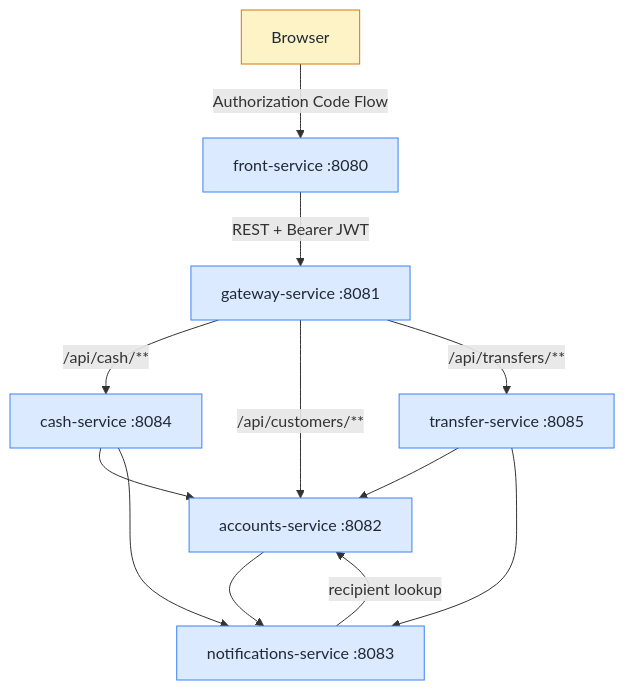
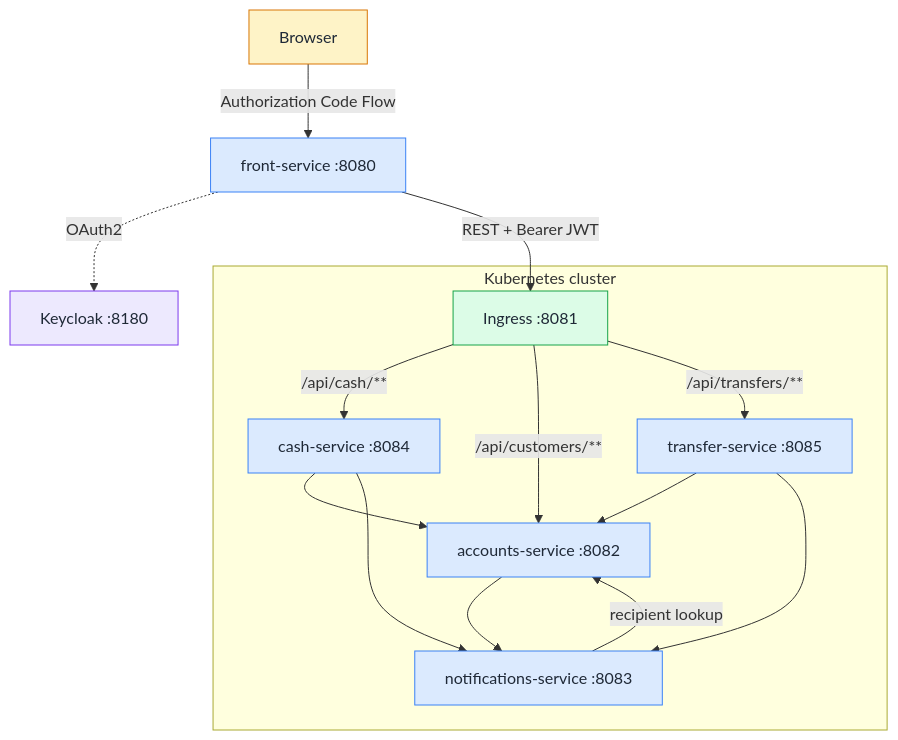
Before and after one commit to ubrnt/my-bank-app: the first of 5 diagrams in README.md, drawn with Mermaid. The commit also changed other lines of this file, not shown here.

````diff
--- a/README.md
+++ b/README.md
@@ -82,19 +95,27 @@
 ```mermaid
 flowchart TD
     browser["Browser"] -->|"Authorization Code Flow"| front["front-service :8080"]
-    front -->|"REST + Bearer JWT"| gateway["gateway-service :8081"]
-    gateway -->|"/api/cash/**"| cash["cash-service :8084"]
-    gateway -->|"/api/customers/**"| accounts["accounts-service :8082"]
-    gateway -->|"/api/transfers/**"| transfer["transfer-service :8085"]
-    cash --> accounts
-    transfer --> accounts
-    cash --> notifications["notifications-service :8083"]
-    accounts --> notifications
-    transfer --> notifications
-    notifications -->|"recipient lookup"| accounts
+    front -.->|"OAuth2"| keycloak["Keycloak :8180"]
+    front -->|"REST + Bearer JWT"| ingress["Ingress :8081"]
+
+    subgraph cluster["Kubernetes cluster"]
+        ingress -->|"/api/cash/**"| cash["cash-service :8084"]
+        ingress -->|"/api/customers/**"| accounts["accounts-service :8082"]
+        ingress -->|"/api/transfers/**"| transfer["transfer-service :8085"]
+        cash --> accounts
+        transfer --> accounts
+        cash --> notifications["notifications-service :8083"]
+        accounts --> notifications
+        transfer --> notifications
+        notifications -->|"recipient lookup"| accounts
+    end
 
     classDef client fill:#fef3c7,stroke:#d97706,color:#1f2937
     classDef service fill:#dbeafe,stroke:#3b82f6,color:#1f2937
+    classDef auth fill:#ede9fe,stroke:#7c3aed,color:#1f2937
+    classDef entry fill:#dcfce7,stroke:#16a34a,color:#1f2937
     class browser client
-    class front,gateway,cash,transfer,accounts,notifications service
+    class front,cash,transfer,accounts,notifications service
+    class keycloak auth
+    class ingress entry
 ```
````
